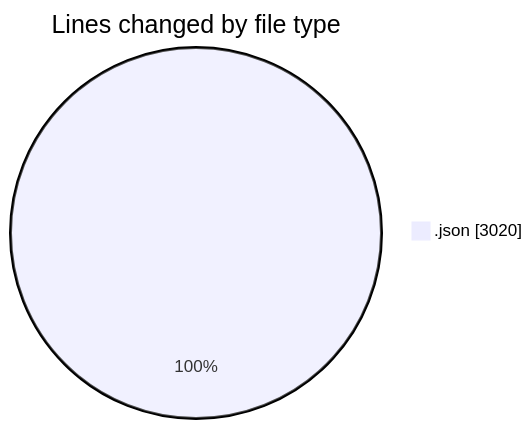
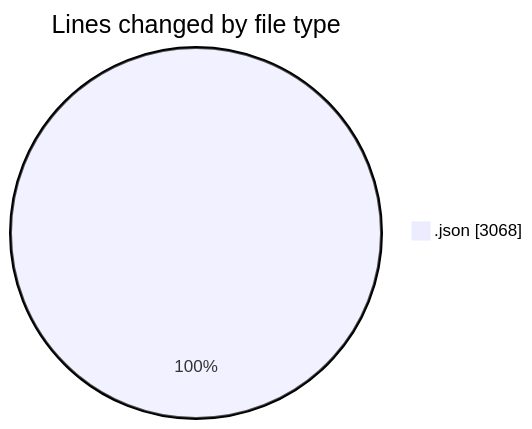
Before and after one commit to EIIisD/code-tracking: the first of 2 diagrams in 2025-08-06/_claude/README.md, drawn with Mermaid. The commit also changed other lines of this file and 1 other file, not shown here.

````diff
--- a/2025-08-06/_claude/README.md
+++ b/2025-08-06/_claude/README.md
@@ -21,5 +21,5 @@
 ```mermaid
 pie showData
 title Lines changed by file type
-".json" : 3020
+".json" : 3068
 ```
````
